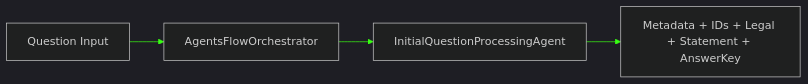
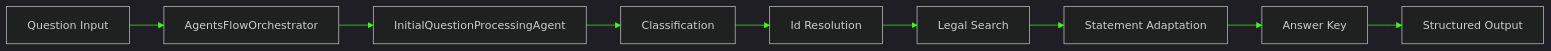
Before and after one commit to matheusdiamantino-betalent/questions-ai: the diagram in PR 54 — Fase 2: Primeira Orquestração Mínima do Fluxo Básico entre Agents.md, drawn with Mermaid. The commit also changed other lines of this file, not shown here.

Commit message:
Update PR 54 — Fase 2: Primeira Orquestração Mínima do Fluxo Básico entre Agents.md

````diff
--- a/PR 54 — Fase 2: Primeira Orquestração Mínima do Fluxo Básico entre Agents.md
+++ b/PR 54 — Fase 2: Primeira Orquestração Mínima do Fluxo Básico entre Agents.md
@@ -95,14 +95,19 @@
 ```mermaid
 %%{init: {'theme':'dark','themeVariables':{
 'primaryColor':'#0f172a',
 'primaryTextColor':'#e5e7eb',
 'primaryBorderColor':'#22d3ee',
 'lineColor':'#39ff14',
 'secondaryColor':'#111827',
 'tertiaryColor':'#0b1220'
 }}}%%
 flowchart LR
-A[Question Input] --> B[AgentsFlowOrchestrator]
-B --> C[InitialQuestionProcessingAgent]
-C --> D[Metadata + IDs + Legal + Statement + AnswerKey]
+    A[Question Input] --> B[AgentsFlowOrchestrator]
+    B --> C[InitialQuestionProcessingAgent]
+    C --> D[Classification]
+    D --> E[Id Resolution]
+    E --> F[Legal Search]
+    F --> G[Statement Adaptation]
+    G --> H[Answer Key]
+    H --> I[Structured Output]
 ```
````
